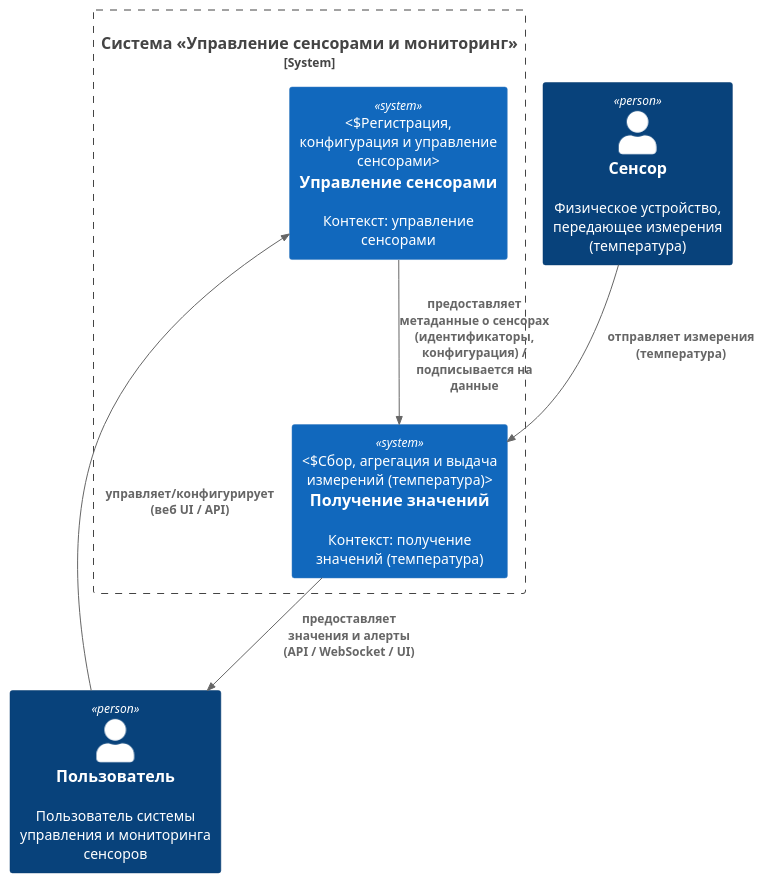
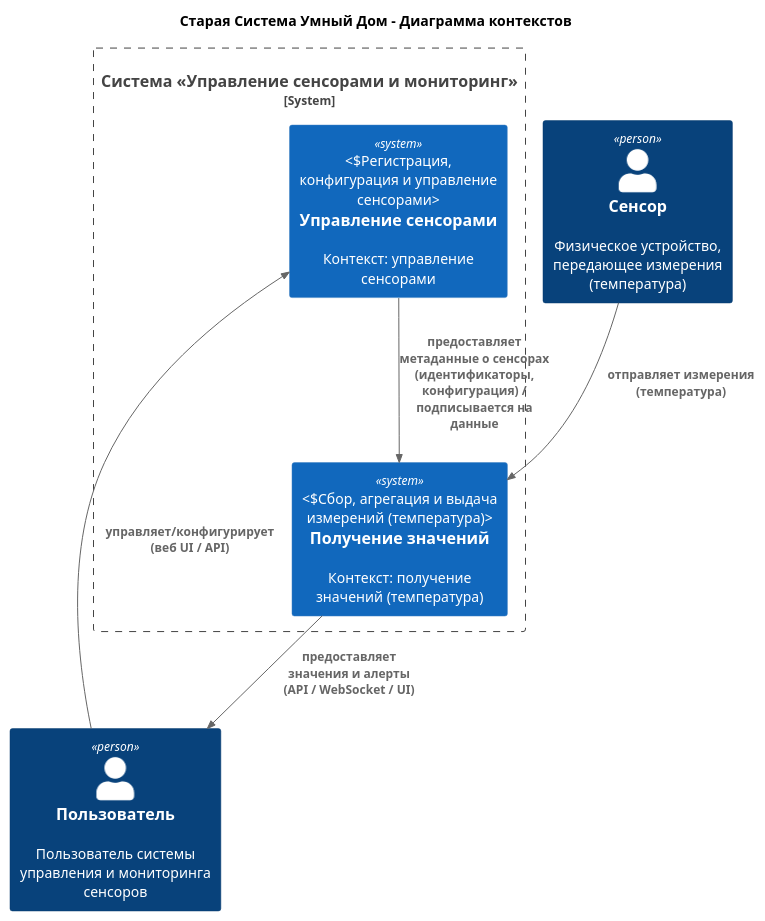
The diagram in diagrams/context/asis_ddd.puml (mironsv/architecture-warmhouse), drawn with PlantUML before and after one commit. The commit also changed 3 other files, not shown here.

Commit message:
Task 3 Add ER diagram

```diff
--- a/diagrams/context/asis_ddd.puml
+++ b/diagrams/context/asis_ddd.puml
@@ -1,17 +1,18 @@
 @startuml as_is_ddd
+title Старая Система Умный Дом - Диаграмма контекстов
 !includeurl https://raw.githubusercontent.com/plantuml-stdlib/C4-PlantUML/master/C4_Context.puml
 
 Person(user, "Пользователь", "Пользователь системы управления и мониторинга сенсоров")
 Person(sensor_device, "Сенсор", "Физическое устройство, передающее измерения (температура)")
 
 System_Boundary(system, "Система «Управление сенсорами и мониторинг»") {
     System(s1, "Управление сенсорами", "Контекст: управление сенсорами", "Регистрация, конфигурация и управление сенсорами")
     System(s2, "Получение значений", "Контекст: получение значений (температура)", "Сбор, агрегация и выдача измерений (температура)")
 }
 
 Rel(user, s1, "управляет/конфигурирует\n(веб UI / API)")
 Rel(sensor_device, s2, "отправляет измерения\n(температура)")
 Rel(s1, s2, "предоставляет метаданные о сенсорах\n(идентификаторы, конфигурация) / подписывается на данные")
 Rel(s2, user, "предоставляет значения и алерты\n(API / WebSocket / UI)")
 
 @enduml
```
